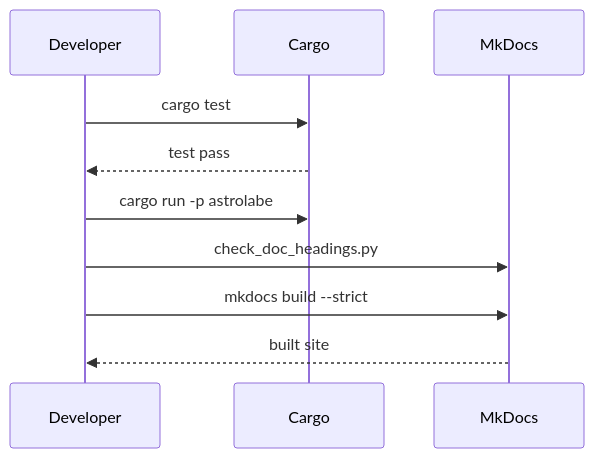
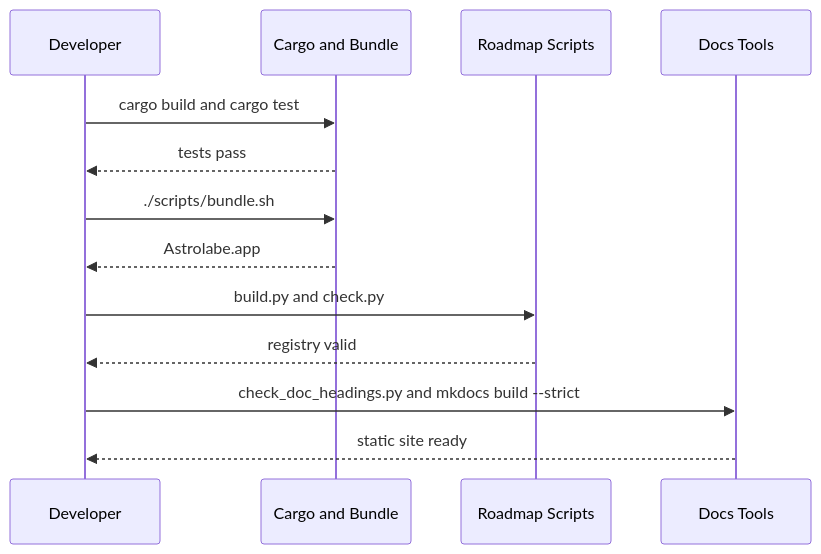
One commit to AhmedKhan-GH/astrolabe changed the diagram in docs/development/development-basics.md. Above: the diagram before and after it, drawn with Mermaid. The commit also changed other lines of this file and 6 other files, not shown here.

````diff
--- a/docs/development/development-basics.md
+++ b/docs/development/development-basics.md
@@ -9,12 +9,15 @@
 ```mermaid
 sequenceDiagram
     participant D as Developer
-    participant C as Cargo
-    participant M as MkDocs
-    D->>C: cargo test
-    C-->>D: test pass
-    D->>C: cargo run -p astrolabe
-    D->>M: check_doc_headings.py
-    D->>M: mkdocs build --strict
-    M-->>D: built site
+    participant C as Cargo and Bundle
+    participant R as Roadmap Scripts
+    participant M as Docs Tools
+    D->>C: cargo build and cargo test
+    C-->>D: tests pass
+    D->>C: ./scripts/bundle.sh
+    C-->>D: Astrolabe.app
+    D->>R: build.py and check.py
+    R-->>D: registry valid
+    D->>M: check_doc_headings.py and mkdocs build --strict
+    M-->>D: static site ready
 ```
````
